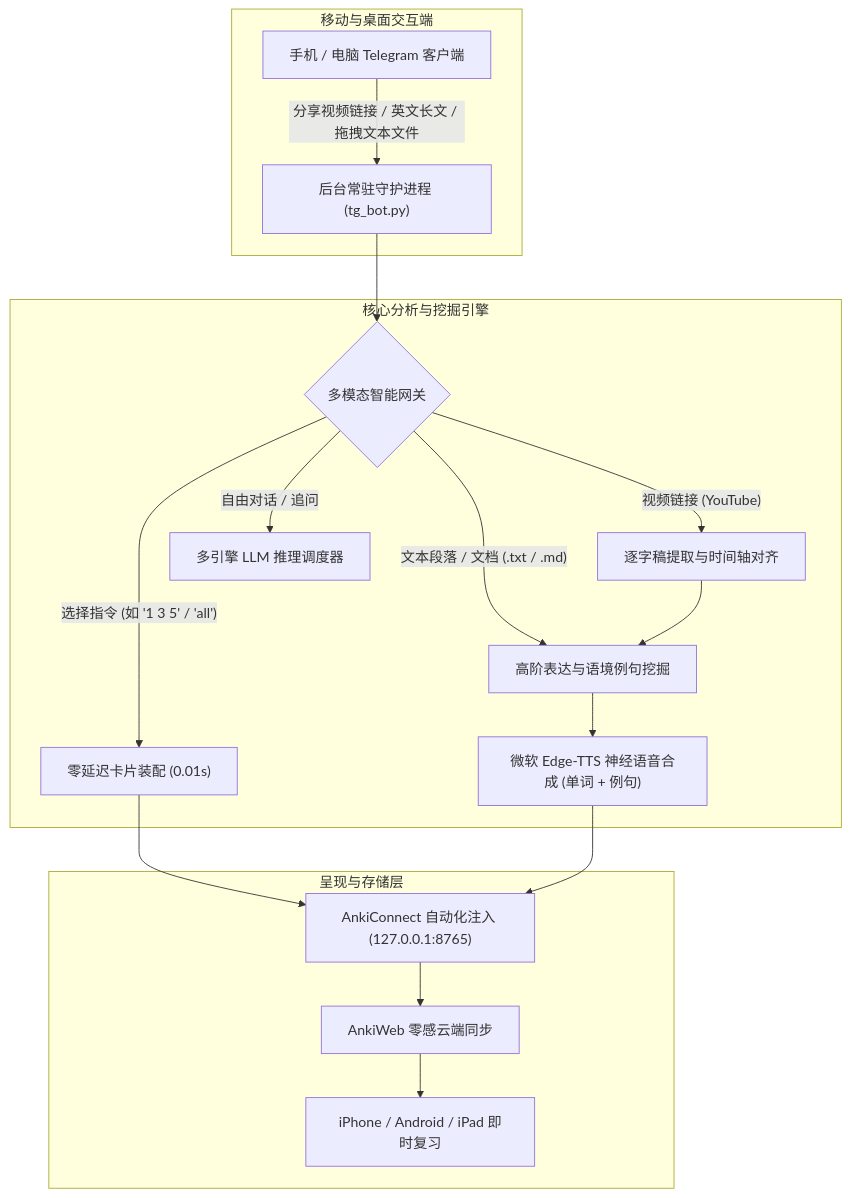
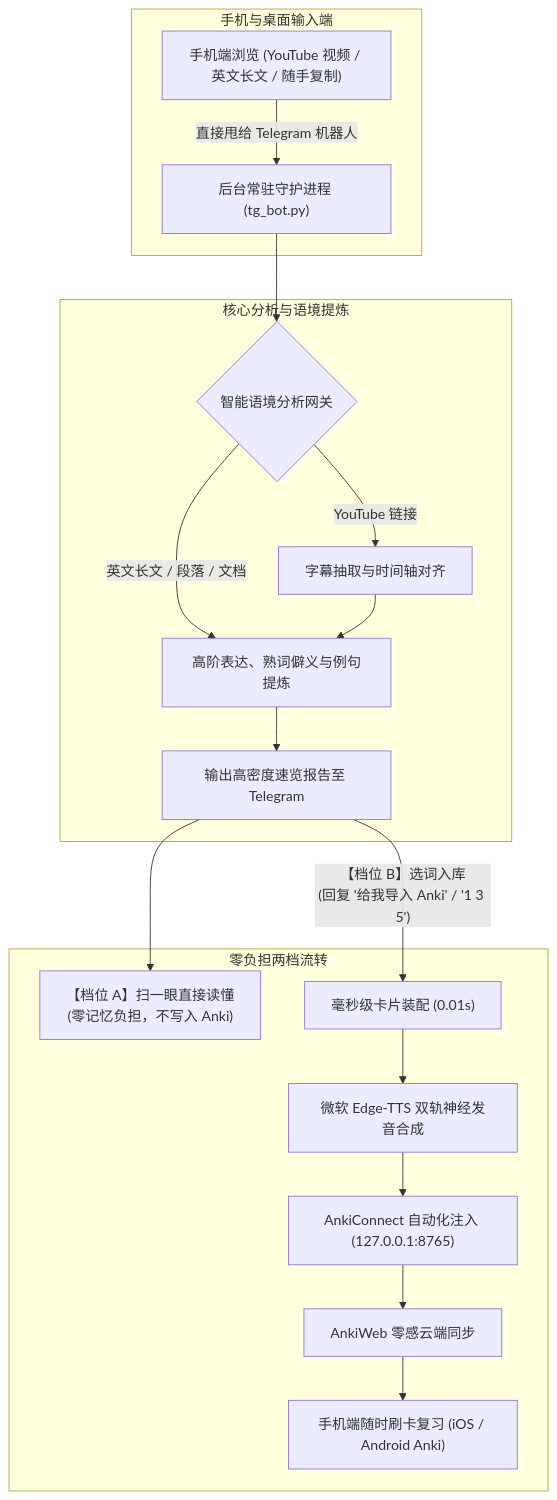
The diagram in README.md (chase-yuan/anki-context-miner), drawn with Mermaid before and after one commit. The commit also changed other lines of this file and 1 other file, not shown here.

````diff
--- a/README.md
+++ b/README.md
@@ -25,23 +41,23 @@
 ```mermaid
 flowchart TD
-    subgraph "移动与桌面交互端"
-        A["手机 / 电脑 Telegram 客户端"] -->|"分享视频链接 / 英文长文 / 拖拽文本文件"| B["后台常驻守护进程 (tg_bot.py)"]
+    subgraph "手机与桌面输入端"
+        A["手机端浏览 (YouTube 视频 / 英文长文 / 随手复制)"] -->|"直接甩给 Telegram 机器人"| B["后台常驻守护进程 (tg_bot.py)"]
     end
 
-    subgraph "核心分析与挖掘引擎"
-        B --> C{"多模态智能网关"}
-        C -->|"视频链接 (YouTube)"| D["逐字稿提取与时间轴对齐"]
-        C -->|"文本段落 / 文档 (.txt / .md)"| E["高阶表达与语境例句挖掘"]
-        C -->|"选择指令 (如 '1 3 5' / 'all')"| F["零延迟卡片装配 (0.01s)"]
-        C -->|"自由对话 / 追问"| G["多引擎 LLM 推理调度器"]
+    subgraph "核心分析与语境提炼"
+        B --> C{"智能语境分析网关"}
+        C -->|"YouTube 链接"| D["字幕抽取与时间轴对齐"]
+        C -->|"英文长文 / 段落 / 文档"| E["高阶表达、熟词僻义与例句提炼"]
         D --> E
-        E --> H["微软 Edge-TTS 神经语音合成 (单词 + 例句)"]
+        E --> F["输出高密度速览报告至 Telegram"]
     end
 
-    subgraph "呈现与存储层"
-        F --> I["AnkiConnect 自动化注入 (127.0.0.1:8765)"]
-        H --> I
-        I --> J["AnkiWeb 零感云端同步"]
-        J --> K["iPhone / Android / iPad 即时复习"]
+    subgraph "零负担两档流转"
+        F --> G["【档位 A】扫一眼直接读懂<br>(零记忆负担，不写入 Anki)"]
+        F -->|"【档位 B】选词入库<br>(回复 '给我导入 Anki' / '1 3 5')"| H["毫秒级卡片装配 (0.01s)"]
+        H --> I["微软 Edge-TTS 双轨神经发音合成"]
+        I --> J["AnkiConnect 自动化注入 (127.0.0.1:8765)"]
+        J --> K["AnkiWeb 零感云端同步"]
+        K --> L["手机端随时刷卡复习 (iOS / Android Anki)"]
     end
 ```
````
